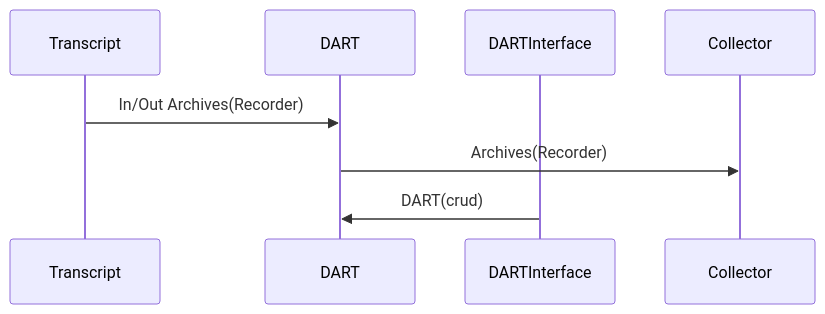
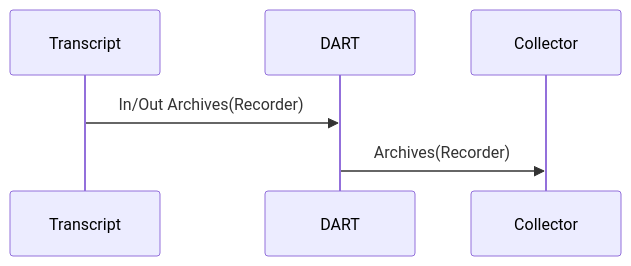
The diagram in documents/architecture/DART.md (tagion/tagion), drawn with Mermaid before and after one commit.

Commit message:
DOC: DART Startup sequency

````diff
--- a/documents/architecture/DART.md
+++ b/documents/architecture/DART.md
@@ -44,10 +44,8 @@
 ```mermaid
 sequenceDiagram
     participant Transcript
     participant DART 
-    participant DARTInterface 
     participant Collector
     Transcript ->> DART: In/Out Archives(Recorder)
     DART ->> Collector: Archives(Recorder)
-    DARTInterface ->> DART: DART(crud) 
 ```
````
